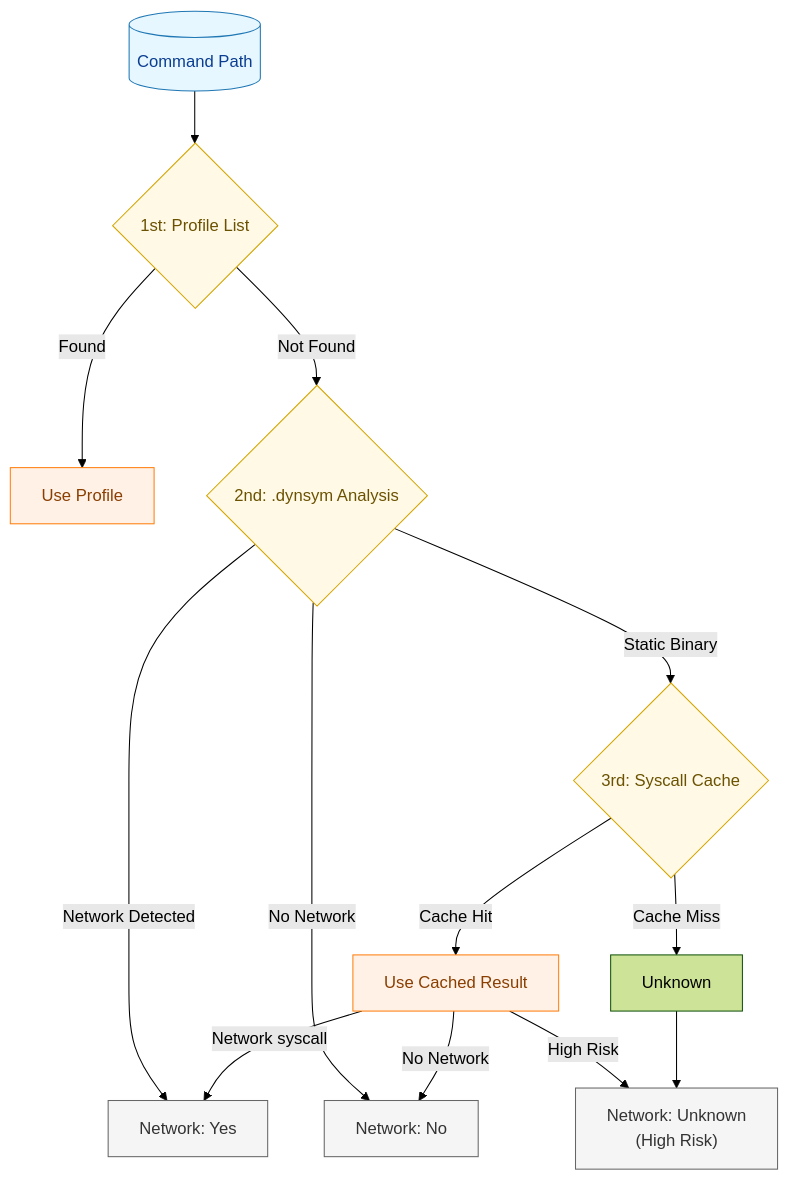
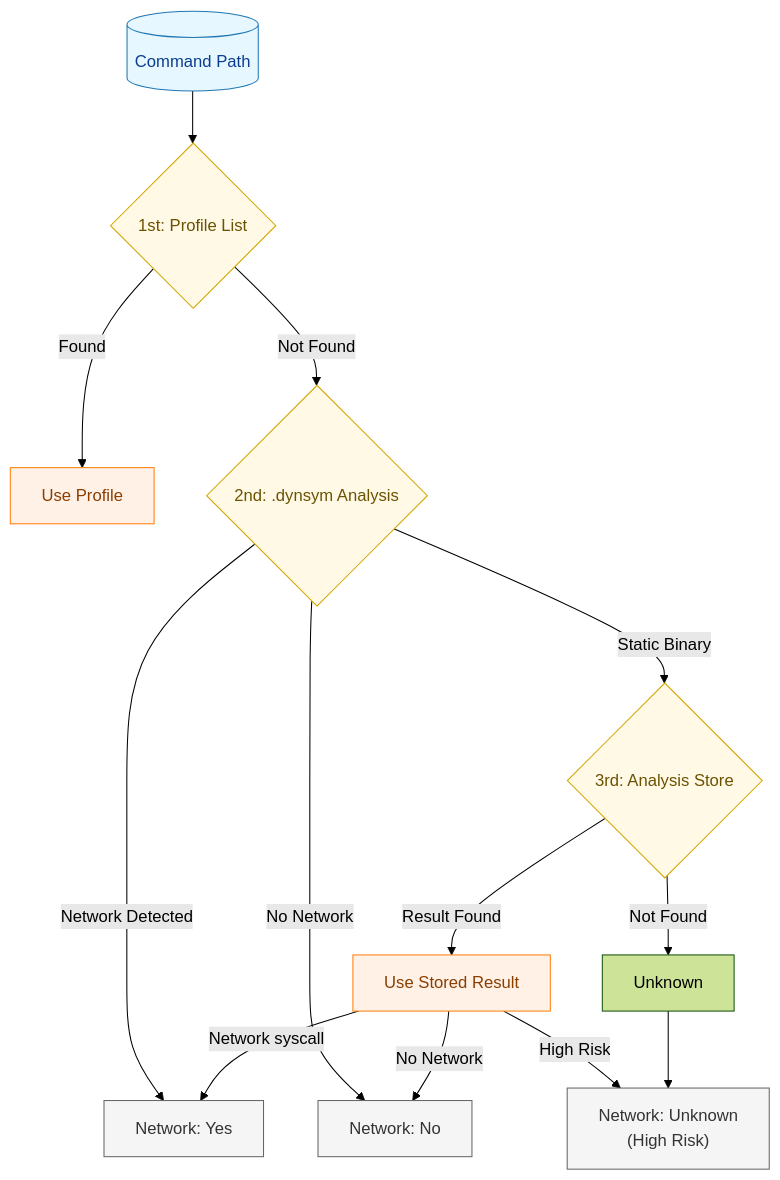
Before and after one commit to isseis/go-safe-cmd-runner: diagram 13 of 18 in docs/tasks/0070_elf_syscall_analysis/02_architecture.md, drawn with Mermaid (forest theme). The commit also changed other lines of this file and 2 other files, not shown here.

First line of the commit message:
docs: rename integrated cache to file-analysis store

````diff
--- a/docs/tasks/0070_elf_syscall_analysis/02_architecture.md
+++ b/docs/tasks/0070_elf_syscall_analysis/02_architecture.md
@@ -493,25 +490,25 @@
 ```mermaid
 flowchart TD
     classDef data fill:#e6f7ff,stroke:#1f77b4,stroke-width:1px,color:#0b3d91
     classDef process fill:#fff1e6,stroke:#ff7f0e,stroke-width:1px,color:#8a3e00
     classDef decision fill:#fff9e6,stroke:#d4a500,stroke-width:1px,color:#6b5200
     classDef result fill:#f5f5f5,stroke:#666,stroke-width:1px,color:#333
 
     A[("Command Path")] --> B{"1st: Profile List"}
     B -->|"Found"| C["Use Profile"]
     B -->|"Not Found"| D{"2nd: .dynsym Analysis"}
     D -->|"Network Detected"| E["Network: Yes"]
     D -->|"No Network"| F["Network: No"]
-    D -->|"Static Binary"| G{"3rd: Syscall Cache"}
-    G -->|"Cache Hit"| H["Use Cached Result"]
-    G -->|"Cache Miss"| I["Unknown"]
+    D -->|"Static Binary"| G{"3rd: Analysis Store"}
+    G -->|"Result Found"| H["Use Stored Result"]
+    G -->|"Not Found"| I["Unknown"]
     H -->|"Network syscall"| E
     H -->|"No Network"| F
     H -->|"High Risk"| J["Network: Unknown<br>(High Risk)"]
     I --> J
 
     class A data
     class B,D,G decision
     class C,H process
     class E,F,J result
 ```
````
